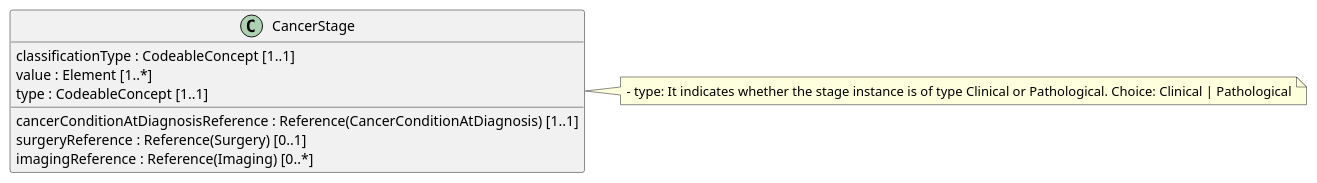
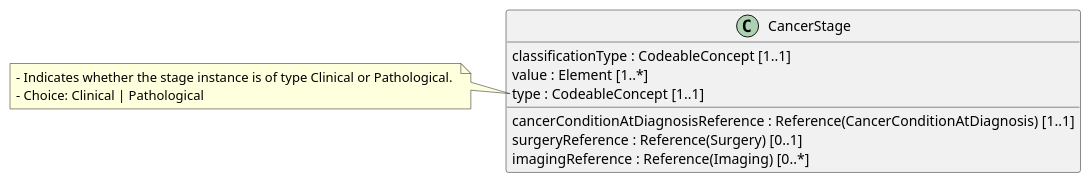
One commit to hl7-eu/cancer-common changed the diagram in input/images-source/CancerStage_LM.plantuml. Above: the diagram before and after it, drawn with PlantUML. The commit also changed 15 other files, not shown here.

Commit message:
Update logical model diagrams and page

```diff
--- a/input/images-source/CancerStage_LM.plantuml
+++ b/input/images-source/CancerStage_LM.plantuml
@@ -1,17 +1,18 @@
 @startuml
 hide empty members
 skinparam classAttributeIconSize 0
 
 class CancerStage {
   cancerConditionAtDiagnosisReference : Reference(CancerConditionAtDiagnosis) [1..1]
   classificationType : CodeableConcept [1..1]
   value : Element [1..*]
   type : CodeableConcept [1..1]
   surgeryReference : Reference(Surgery) [0..1]
   imagingReference : Reference(Imaging) [0..*]
 }
 
-note right of CancerStage
-- type: It indicates whether the stage instance is of type Clinical or Pathological. Choice: Clinical | Pathological
+note left of CancerStage::type
+- Indicates whether the stage instance is of type Clinical or Pathological. 
+- Choice: Clinical | Pathological
 end note
 @enduml
```
